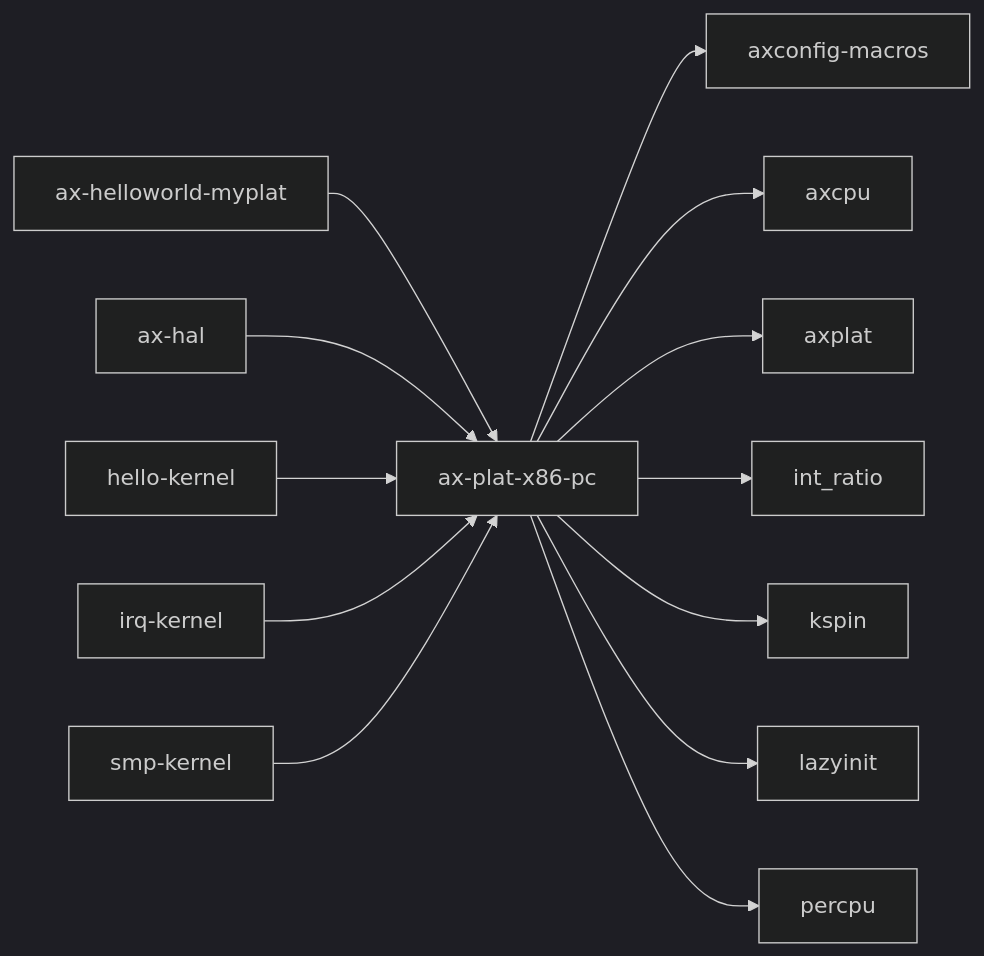
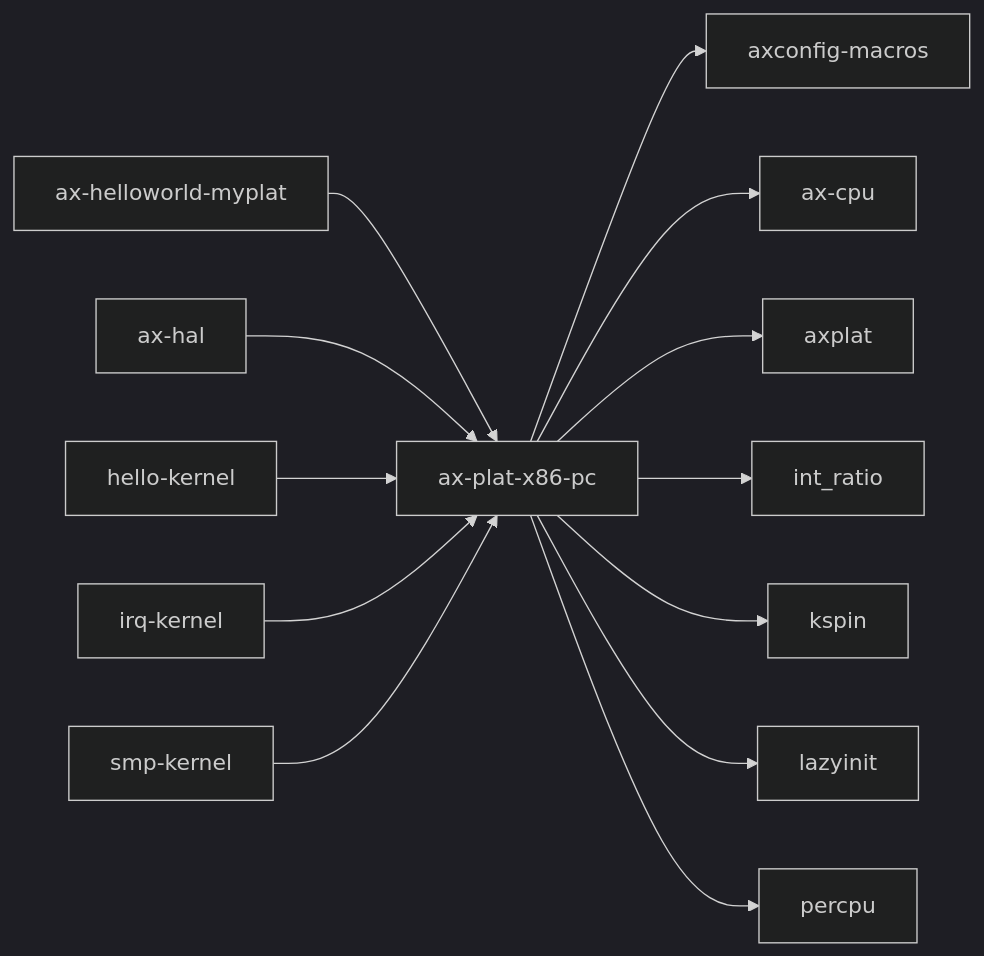
The third of 3 diagrams in docs/crates/ax-plat-x86-pc.md (zKurisu/tgoskits), drawn with Mermaid (dark theme) before and after one commit. The commit also changed other lines of this file and 106 other files, not shown here.

Commit message:
rename axcpu to ax-cpu

````diff
--- a/docs/crates/ax-plat-x86-pc.md
+++ b/docs/crates/ax-plat-x86-pc.md
@@ -238,16 +238,16 @@
 ```mermaid
 graph LR
     current["ax-plat-x86-pc"]
     current --> axconfig_macros["axconfig-macros"]
-    current --> axcpu["axcpu"]
+    current --> ax-cpu["ax-cpu"]
     current --> axplat["axplat"]
     current --> int_ratio["int_ratio"]
     current --> kspin["kspin"]
     current --> lazyinit["lazyinit"]
     current --> percpu["percpu"]
     arceos_helloworld_myplat["ax-helloworld-myplat"] --> current
     ax-hal["ax-hal"] --> current
     hello_kernel["hello-kernel"] --> current
     irq_kernel["irq-kernel"] --> current
     smp_kernel["smp-kernel"] --> current
 ```
````
